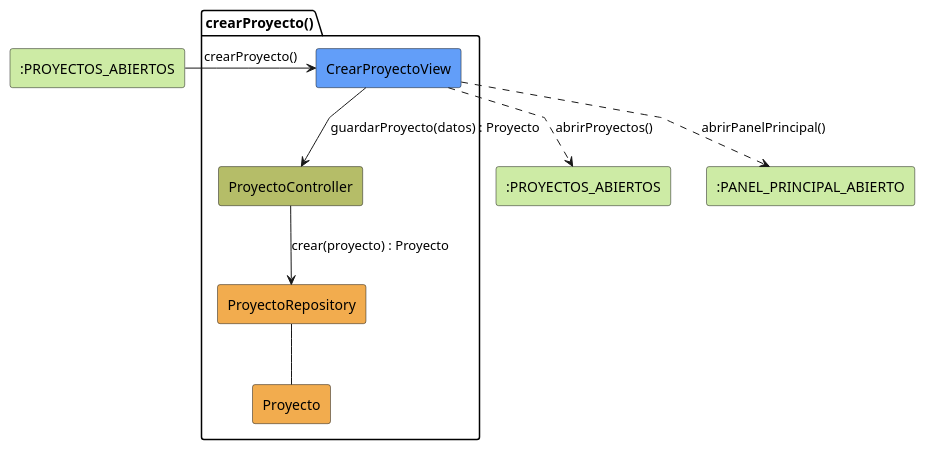
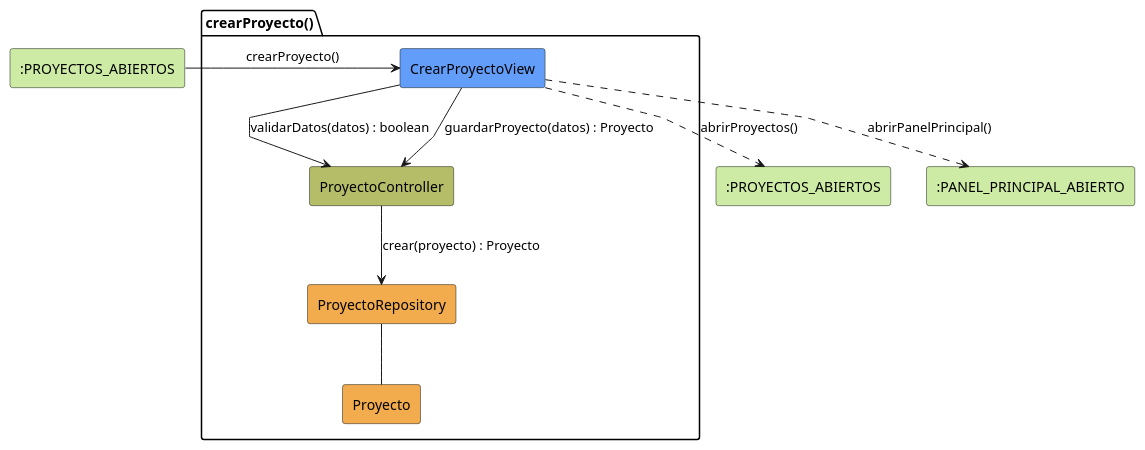
One commit to 31Diego/25-26-idsw2-sdVC changed the diagram in modelosUML/analisis/coordinador/crearProyecto.puml. Above: the diagram before and after it, drawn with PlantUML. The commit also changed 193 other files, not shown here.

```diff
--- a/modelosUML/analisis/coordinador/crearProyecto.puml
+++ b/modelosUML/analisis/coordinador/crearProyecto.puml
@@ -1,27 +1,29 @@
 @startuml crearProyecto-analisis
 skinparam linetype polyline
 
 rectangle #CDEBA5 ":PROYECTOS_ABIERTOS" as ProyectosAbiertos
 
 package crearProyecto as "crearProyecto()" {
     rectangle #629EF9 CrearProyectoView
     rectangle #b5bd68 ProyectoController
     rectangle #F2AC4E ProyectoRepository
     rectangle #F2AC4E Proyecto
 }
 
 rectangle #CDEBA5 ":PROYECTOS_ABIERTOS" as ProyectosSalida
 rectangle #CDEBA5 ":PANEL_PRINCIPAL_ABIERTO" as PanelSalida
 
 ProyectosAbiertos -r-> CrearProyectoView: crearProyecto()
 
-CrearProyectoView -d-> ProyectoController: guardarProyecto(datos) : Proyecto
+CrearProyectoView -d-> ProyectoController: validarDatos(datos) : boolean
+
+CrearProyectoView --> ProyectoController: guardarProyecto(datos) : Proyecto
 
 ProyectoController --> ProyectoRepository: crear(proyecto) : Proyecto
 
 ProyectoRepository -- Proyecto
 
 CrearProyectoView ..> ProyectosSalida: abrirProyectos()
 CrearProyectoView ..> PanelSalida: abrirPanelPrincipal()
 
 @enduml
```
